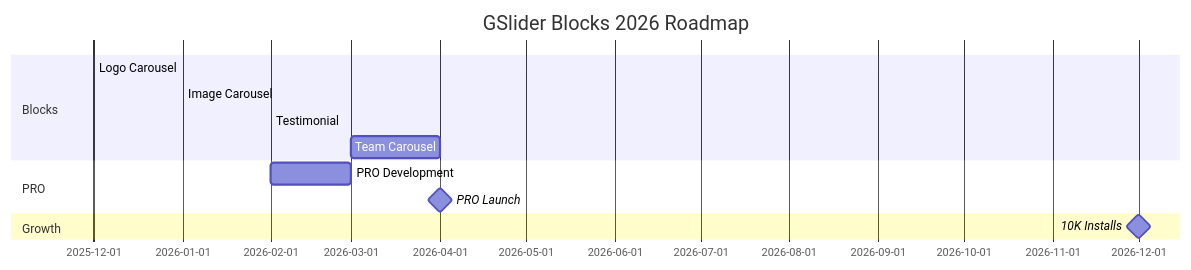
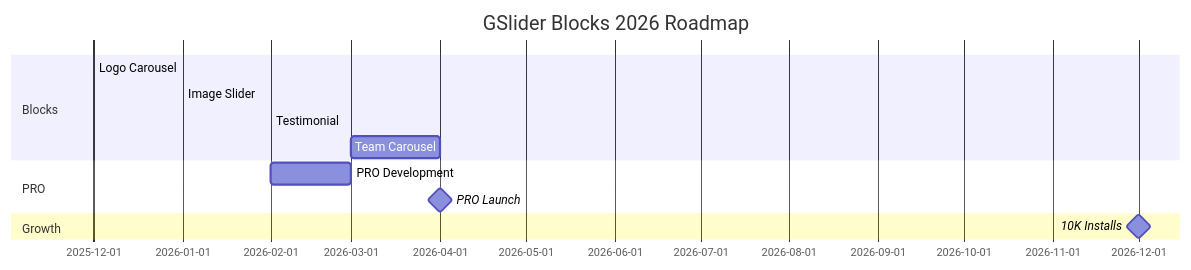
The diagram in README.md (Aaqibhafeezkhan/gslider-blocks), drawn with Mermaid before and after one commit. The commit also changed other lines of this file and 5 other files, not shown here.

Commit message:
refactor: Rename Image Carousel to Image Slider (SEO optimization)

````diff
--- a/README.md
+++ b/README.md
@@ -342,15 +342,15 @@
 ```mermaid
 gantt
     title GSlider Blocks 2026 Roadmap
     dateFormat  YYYY-MM
     section Blocks
     Logo Carousel       :done,    2025-12, 2025-12
-    Image Carousel      :active,  2026-01, 2026-01
+    Image Slider        :active,  2026-01, 2026-01
     Testimonial         :         2026-02, 2026-02
     Team Carousel       :         2026-03, 2026-04
     section PRO
     PRO Development     :         2026-02, 2026-03
     PRO Launch          :milestone, 2026-04, 0d
     section Growth
     10K Installs        :milestone, 2026-12, 0d
 ```
````
